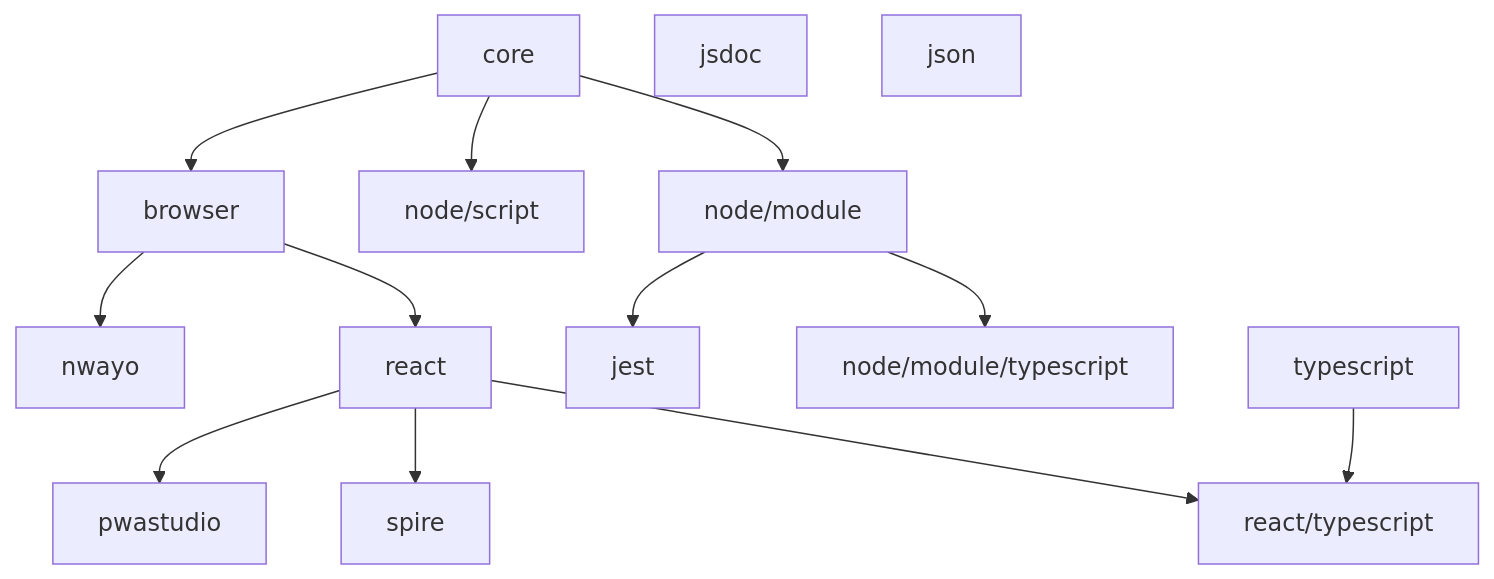
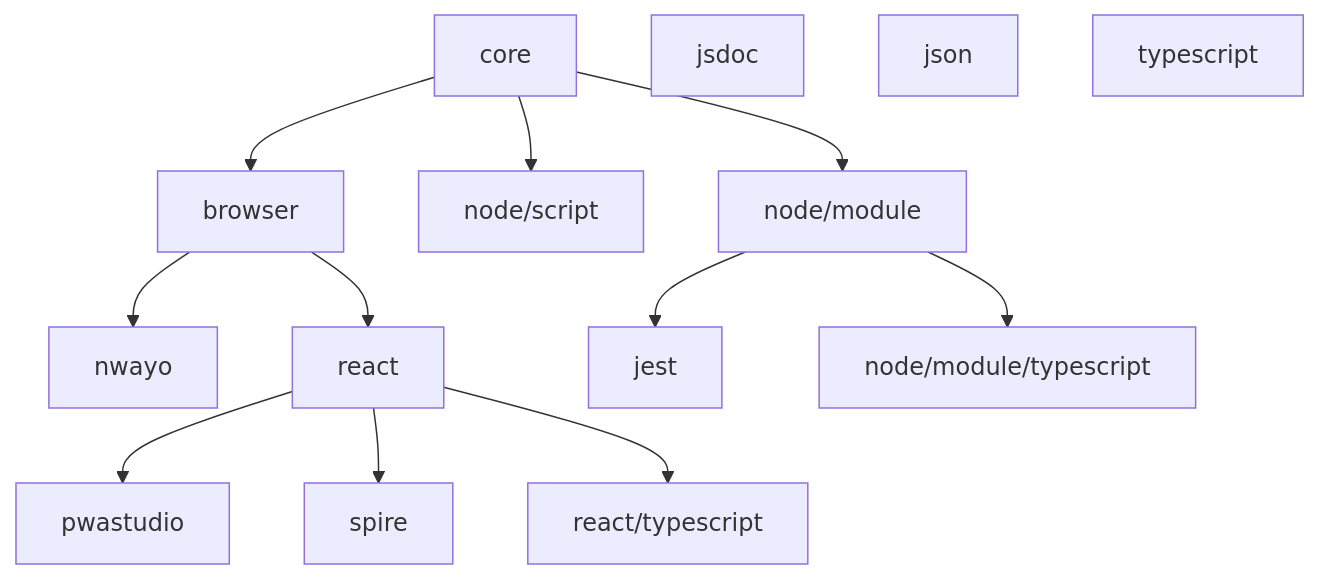
The diagram in README.md (valtech-commerce/eslint-config), drawn with Mermaid before and after one commit. The commit also changed 3 other files, not shown here.

Commit message:
Remove `typescript` extension in `react/typescript`

````diff
--- a/README.md
+++ b/README.md
@@ -32,10 +32,10 @@
 ```mermaid
   graph TD;
     core --> browser & node/script & node/module
       browser --> nwayo & react
         react --> pwastudio & spire & react/typescript
       node/module --> jest & node/module/typescript
     jsdoc
     json
-    typescript --> react/typescript
+    typescript
 ```
````
